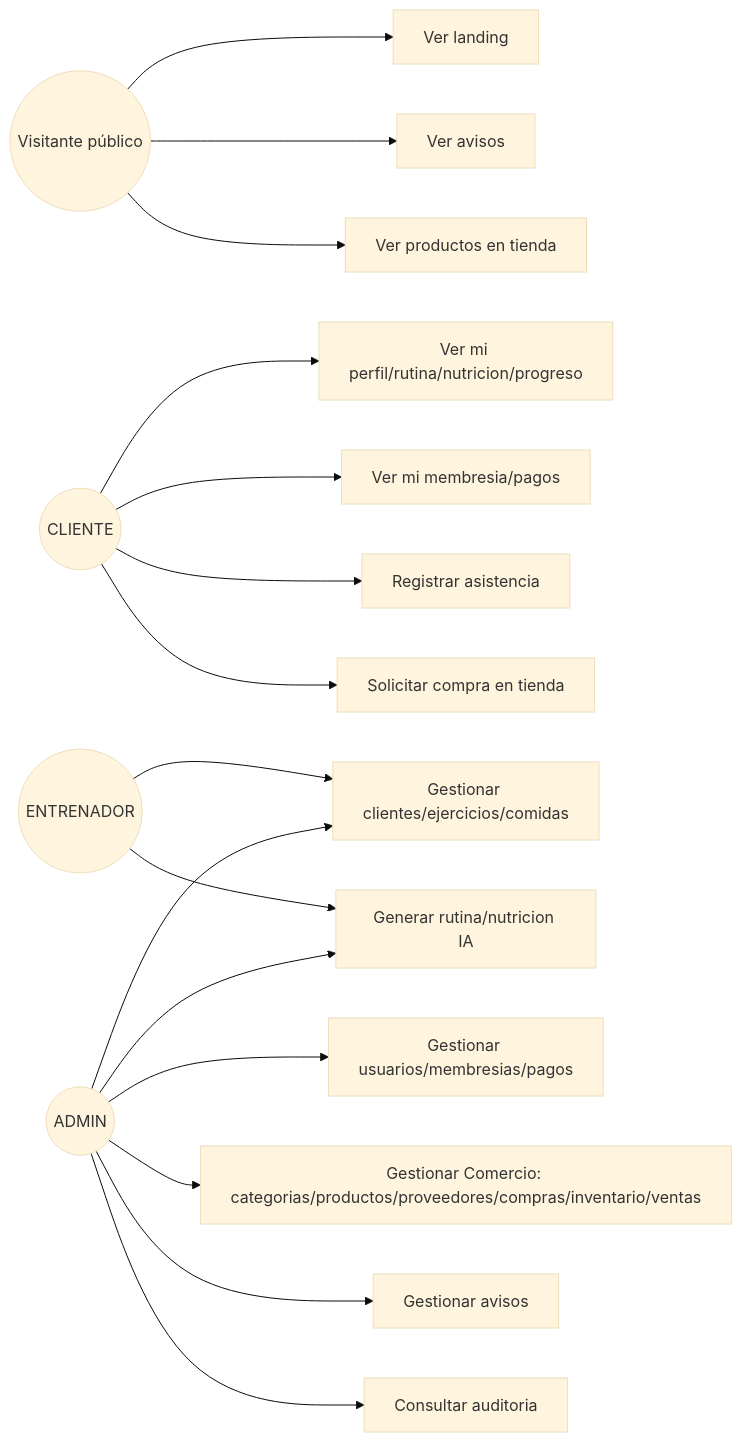
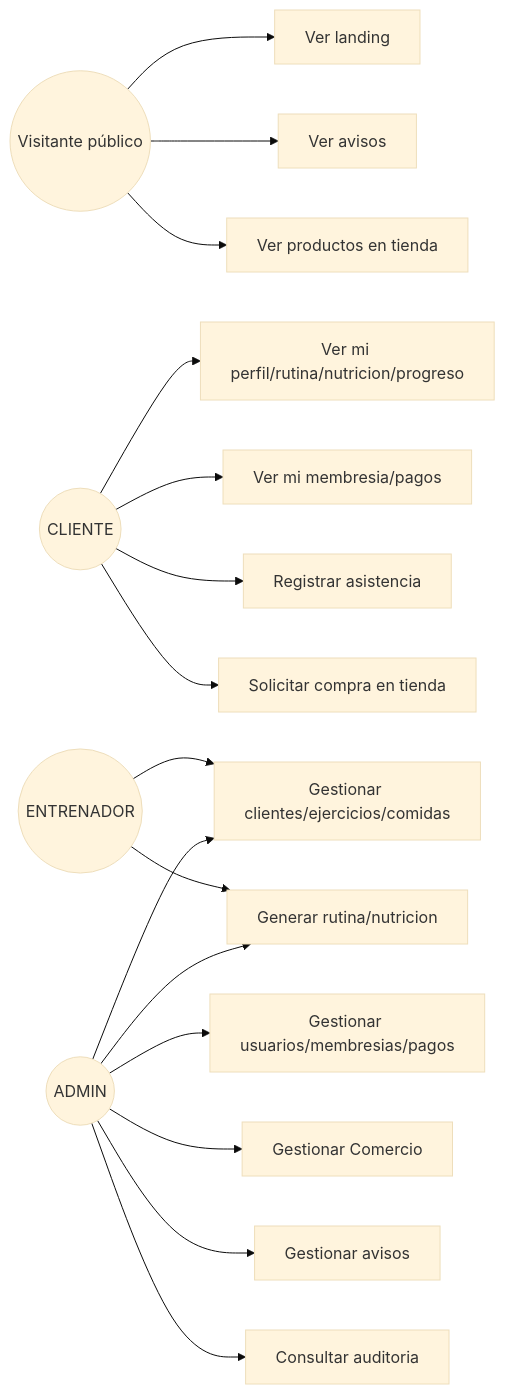
Before and after one commit to KeenGuerra/GleyforGymInvestigacion: the fourth of 7 diagrams in docs/07_Gestion_Proyecto/Intervencion_Metodologica.md, drawn with Mermaid (base theme). The commit also changed other lines of this file, not shown here.

````diff
--- a/docs/07_Gestion_Proyecto/Intervencion_Metodologica.md
+++ b/docs/07_Gestion_Proyecto/Intervencion_Metodologica.md
@@ -248,26 +312,26 @@
 ```mermaid
 graph LR
     Publico((Visitante público))
     Cliente((CLIENTE))
     Entrenador((ENTRENADOR))
     Admin((ADMIN))
 
     Publico --> UC1[Ver landing]
     Publico --> UC2[Ver avisos]
     Publico --> UC3[Ver productos en tienda]
 
     Cliente --> UC4[Ver mi perfil/rutina/nutricion/progreso]
     Cliente --> UC5[Ver mi membresia/pagos]
     Cliente --> UC6[Registrar asistencia]
     Cliente --> UC7[Solicitar compra en tienda]
 
     Entrenador --> UC8[Gestionar clientes/ejercicios/comidas]
-    Entrenador --> UC9[Generar rutina/nutricion IA]
+    Entrenador --> UC9[Generar rutina/nutricion]
 
     Admin --> UC10[Gestionar usuarios/membresias/pagos]
-    Admin --> UC11[Gestionar Comercio: categorias/productos/proveedores/compras/inventario/ventas]
+    Admin --> UC11[Gestionar Comercio]
     Admin --> UC12[Gestionar avisos]
     Admin --> UC13[Consultar auditoria]
     Admin --> UC8
     Admin --> UC9
 ```
````
